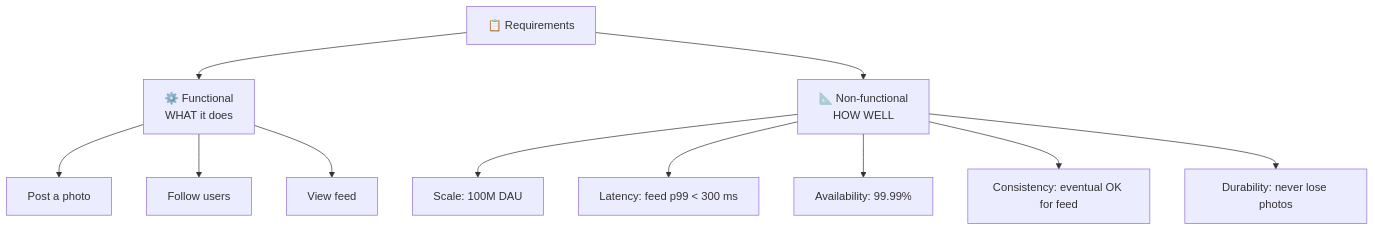
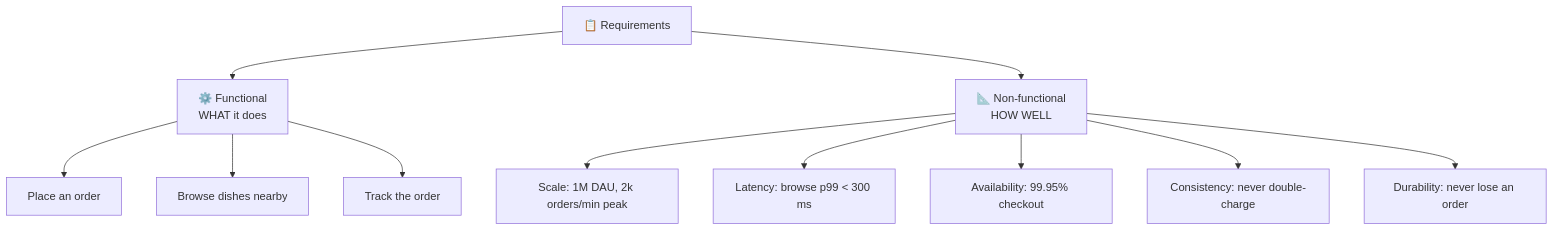
The diagram in phases/01-foundations/008-requirements.md (winnyboy5/System-Design-from-Atoms), drawn with Mermaid before and after one commit. The commit also changed other lines of this file and 7 other files, not shown here.

````diff
--- a/phases/01-foundations/008-requirements.md
+++ b/phases/01-foundations/008-requirements.md
@@ -28,13 +38,13 @@
 ```mermaid
 flowchart TD
     R["📋 Requirements"] --> F["⚙️ Functional<br/>WHAT it does"]
     R --> N["📐 Non-functional<br/>HOW WELL"]
-    F --> F1["Post a photo"]
-    F --> F2["Follow users"]
-    F --> F3["View feed"]
-    N --> N1["Scale: 100M DAU"]
-    N --> N2["Latency: feed p99 < 300 ms"]
-    N --> N3["Availability: 99.99%"]
-    N --> N4["Consistency: eventual OK for feed"]
-    N --> N5["Durability: never lose photos"]
+    F --> F1["Place an order"]
+    F --> F2["Browse dishes nearby"]
+    F --> F3["Track the order"]
+    N --> N1["Scale: 1M DAU, 2k orders/min peak"]
+    N --> N2["Latency: browse p99 < 300 ms"]
+    N --> N3["Availability: 99.95% checkout"]
+    N --> N4["Consistency: never double-charge"]
+    N --> N5["Durability: never lose an order"]
 ```
````
